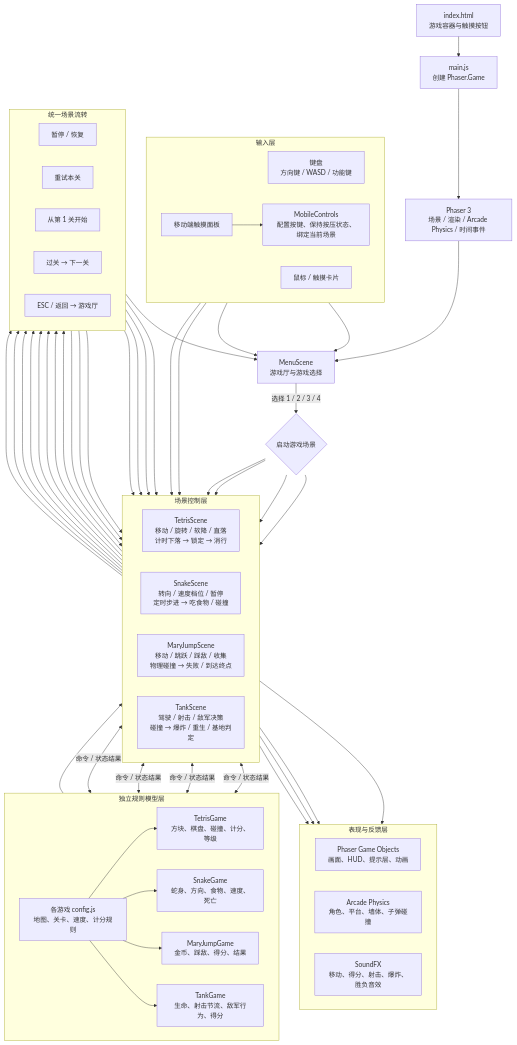
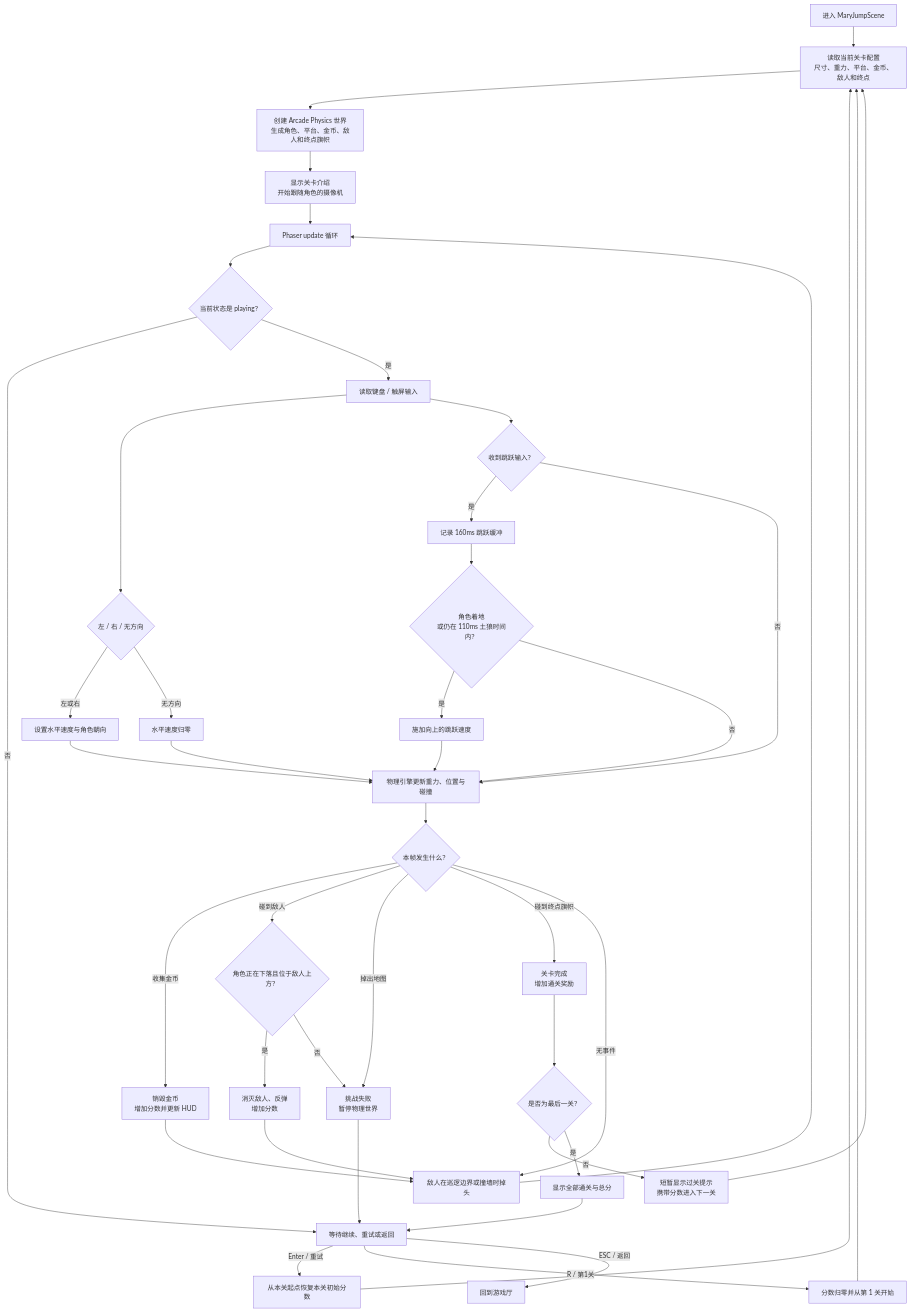
Before and after one commit to hdwang123/sgame: the second of 2 diagrams in README.md, drawn with Mermaid. The commit also changed other lines of this file, not shown here.

Commit message:
docs: 添加俄罗斯方块和玛丽流程图

````diff
--- a/README.md
+++ b/README.md
@@ -31,91 +74,48 @@
 ```mermaid
 flowchart TB
-  PAGE["index.html<br/>游戏容器与触摸按钮"] --> BOOT["main.js<br/>创建 Phaser.Game"]
-  BOOT --> ENGINE["Phaser 3<br/>场景 / 渲染 / Arcade Physics / 时间事件"]
-  ENGINE --> MENU["MenuScene<br/>游戏厅与游戏选择"]
+  START["进入 MaryJumpScene"] --> LEVEL["读取当前关卡配置<br/>尺寸、重力、平台、金币、敌人和终点"]
+  LEVEL --> WORLD["创建 Arcade Physics 世界<br/>生成角色、平台、金币、敌人和终点旗帜"]
+  WORLD --> INTRO["显示关卡介绍<br/>开始跟随角色的摄像机"]
+  INTRO --> LOOP["Phaser update 循环"]
 
-  subgraph INPUT["输入层"]
-    direction LR
-    KEYBOARD["键盘<br/>方向键 / WASD / 功能键"]
-    POINTER["鼠标 / 触摸卡片"]
-    TOUCH["移动端触摸面板"]
-    MOBILE["MobileControls<br/>配置按键、保持按压状态、绑定当前场景"]
-    TOUCH --> MOBILE
-  end
+  LOOP --> PHASE{"当前状态是 playing？"}
+  PHASE -->|"否"| WAIT["等待继续、重试或返回"]
+  PHASE -->|"是"| INPUT["读取键盘 / 触屏输入"]
+  INPUT --> HORIZONTAL{"左 / 右 / 无方向"}
+  HORIZONTAL -->|"左或右"| RUN["设置水平速度与角色朝向"]
+  HORIZONTAL -->|"无方向"| STOP["水平速度归零"]
+  INPUT --> JUMP{"收到跳跃输入？"}
+  JUMP -->|"是"| BUFFER["记录 160ms 跳跃缓冲"]
+  BUFFER --> GROUNDED{"角色着地<br/>或仍在 110ms 土狼时间内？"}
+  GROUNDED -->|"是"| TAKEOFF["施加向上的跳跃速度"]
+  GROUNDED -->|"否"| PHYSICS
+  JUMP -->|"否"| PHYSICS["物理引擎更新重力、位置与碰撞"]
+  RUN --> PHYSICS
+  STOP --> PHYSICS
+  TAKEOFF --> PHYSICS
 
-  KEYBOARD --> MENU
-  POINTER --> MENU
-  MENU -->|"选择 1 / 2 / 3 / 4"| ROUTER{"启动游戏场景"}
+  PHYSICS --> EVENT{"本帧发生什么？"}
+  EVENT -->|"收集金币"| COIN["销毁金币<br/>增加分数并更新 HUD"]
+  EVENT -->|"碰到敌人"| STOMP{"角色正在下落且位于敌人上方？"}
+  STOMP -->|"是"| DEFEAT["消灭敌人、反弹<br/>增加分数"]
+  STOMP -->|"否"| LOSE["挑战失败<br/>暂停物理世界"]
+  EVENT -->|"掉出地图"| LOSE
+  EVENT -->|"碰到终点旗帜"| COMPLETE["关卡完成<br/>增加通关奖励"]
+  EVENT -->|"无事件"| ENEMY["敌人在巡逻边界或撞墙时掉头"]
 
-  subgraph SCENES["场景控制层"]
-    direction LR
-    TETRIS["TetrisScene<br/>移动 / 旋转 / 软降 / 直落<br/>计时下落 → 锁定 → 消行"]
-    SNAKE["SnakeScene<br/>转向 / 速度档位 / 暂停<br/>定时步进 → 吃食物 / 碰撞"]
-    MARY["MaryJumpScene<br/>移动 / 跳跃 / 踩敌 / 收集<br/>物理碰撞 → 失败 / 到达终点"]
-    TANK["TankScene<br/>驾驶 / 射击 / 敌军决策<br/>碰撞 → 爆炸 / 重生 / 基地判定"]
-  end
+  COIN --> ENEMY
+  DEFEAT --> ENEMY
+  ENEMY --> LOOP
+  LOSE --> WAIT
+  COMPLETE --> FINAL{"是否为最后一关？"}
+  FINAL -->|"否"| NEXT["短暂显示过关提示<br/>携带分数进入下一关"]
+  FINAL -->|"是"| ALL_CLEAR["显示全部通关与总分"]
+  NEXT --> LEVEL
+  ALL_CLEAR --> WAIT
 
-  ROUTER --> TETRIS
-  ROUTER --> SNAKE
-  ROUTER --> MARY
-  ROUTER --> TANK
-  KEYBOARD --> SCENES
-  MOBILE --> SCENES
-
-  subgraph MODELS["独立规则模型层"]
-    direction LR
-    TM["TetrisGame<br/>方块、棋盘、碰撞、计分、等级"]
-    SM["SnakeGame<br/>蛇身、方向、食物、速度、死亡"]
-    MM["MaryJumpGame<br/>金币、踩敌、得分、结果"]
-    KM["TankGame<br/>生命、射击节流、敌军行为、得分"]
-    CONFIG["各游戏 config.js<br/>地图、关卡、速度、计分规则"]
-  end
-
-  TETRIS <-->|"命令 / 状态结果"| TM
-  SNAKE <-->|"命令 / 状态结果"| SM
-  MARY <-->|"命令 / 状态结果"| MM
-  TANK <-->|"命令 / 状态结果"| KM
-  CONFIG --> TM
-  CONFIG --> SM
-  CONFIG --> MM
-  CONFIG --> KM
-  CONFIG --> SCENES
-
-  subgraph OUTPUT["表现与反馈层"]
-    direction LR
-    VIEW["Phaser Game Objects<br/>画面、HUD、提示层、动画"]
-    PHYSICS["Arcade Physics<br/>角色、平台、墙体、子弹碰撞"]
-    AUDIO["SoundFX<br/>移动、得分、射击、爆炸、胜负音效"]
-  end
-
-  SCENES --> VIEW
-  MARY --> PHYSICS
-  TANK --> PHYSICS
-  SCENES --> AUDIO
-
-  subgraph FLOW["统一场景流转"]
-    direction LR
-    PAUSE["暂停 / 恢复"]
-    RETRY["重试本关"]
-    FIRST["从第 1 关开始"]
-    NEXT["过关 → 下一关"]
-    HOME["ESC / 返回 → 游戏厅"]
-  end
-
-  TETRIS --> PAUSE
-  SNAKE --> PAUSE
-  PAUSE --> TETRIS
-  PAUSE --> SNAKE
-  SCENES --> RETRY
-  SCENES --> HOME
-  RETRY --> SCENES
-  MARY --> FIRST
-  TANK --> FIRST
-  FIRST --> MARY
-  FIRST --> TANK
-  MARY --> NEXT
-  TANK --> NEXT
-  NEXT --> MARY
-  NEXT --> TANK
-  HOME --> MENU
+  WAIT -->|"Enter / 重试"| RETRY["从本关起点恢复本关初始分数"]
+  WAIT -->|"R / 第1关"| FIRST["分数归零并从第 1 关开始"]
+  WAIT -->|"ESC / 返回"| MENU["回到游戏厅"]
+  RETRY --> LEVEL
+  FIRST --> LEVEL
 ```
````
